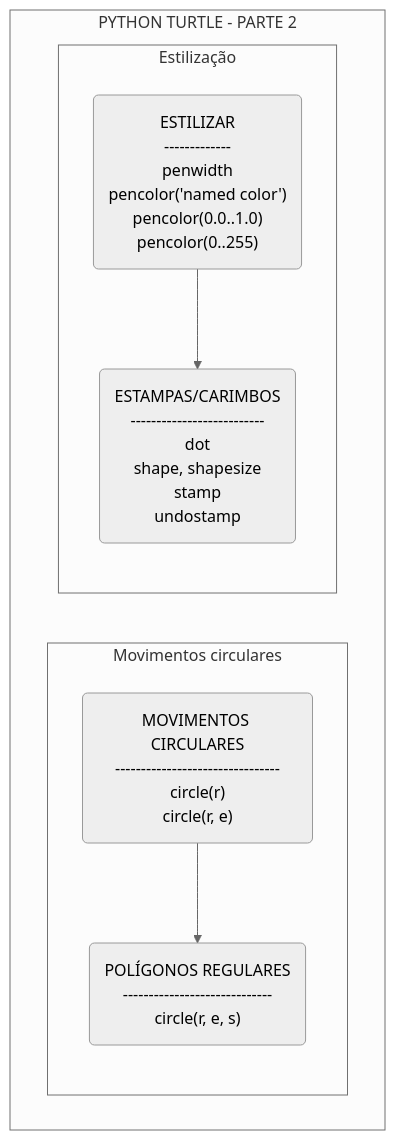
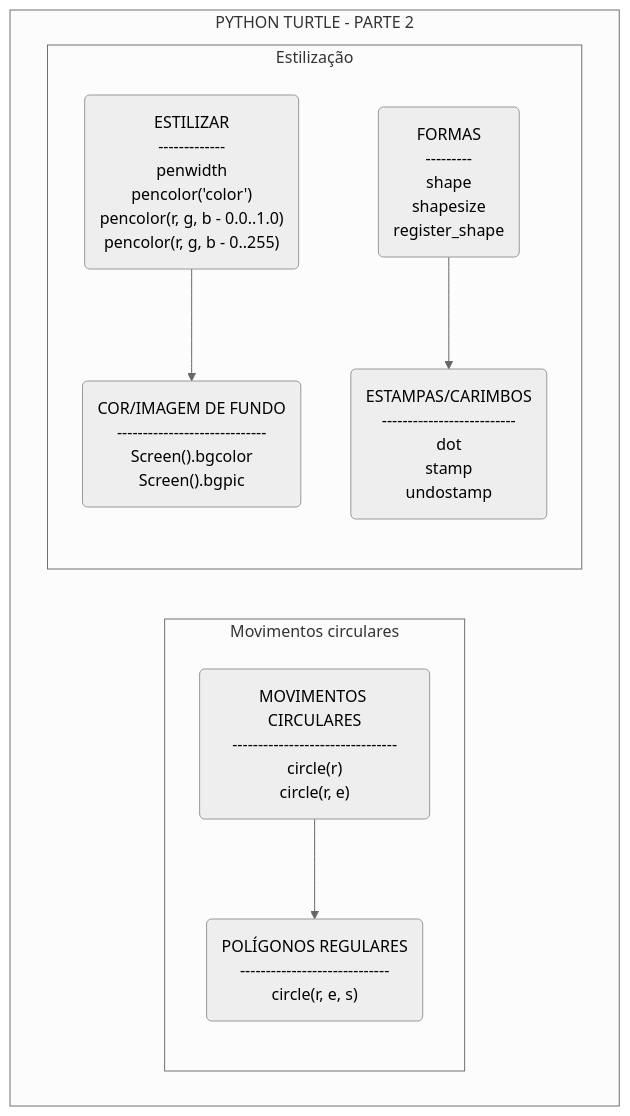
The fifth of 5 diagrams in techtree.md (xbecas/init_python), drawn with Mermaid (neutral theme) before and after one commit.

Commit message:
Update techtree.md
Update Estilização

````diff
--- a/techtree.md
+++ b/techtree.md
@@ -63,20 +63,23 @@
 ```mermaid
   graph TD
 
     subgraph "PYTHON TURTLE - PARTE 2"
 
       subgraph "Movimentos circulares"
         %% Movimentos circulares
         MovimentoCircular("MOVIMENTOS CIRCULARES<br>--------------------------------<br>circle(r)<br>circle(r, e)")
         PoligonosRegulares("POLÍGONOS REGULARES<br>-----------------------------<br>circle(r, e, s)")
         MovimentoCircular-->PoligonosRegulares
       end
 
       subgraph "Estilização"
         %% Estilização - cores e espessuras
-        Estilizar("ESTILIZAR<br>-------------<br>penwidth<br>pencolor('named color')<br>pencolor(0.0..1.0)<br>pencolor(0..255)")
-        Estampas("ESTAMPAS/CARIMBOS<br>--------------------------<br>dot<br>shape, shapesize<br>stamp<br>undostamp")
-        Estilizar-->Estampas
+        Estilizar("ESTILIZAR<br>-------------<br>penwidth<br>pencolor('color')<br>pencolor(r, g, b - 0.0..1.0)<br>pencolor(r, g, b - 0..255)")
+        Fundo("COR/IMAGEM DE FUNDO<br>-----------------------------<br>Screen().bgcolor<br>Screen().bgpic")
+        Formas("FORMAS<br>---------<br>shape<br>shapesize<br>register_shape")
+        Estampas("ESTAMPAS/CARIMBOS<br>--------------------------<br>dot<br>stamp<br>undostamp")
+        Estilizar-->Fundo
+        Formas-->Estampas
       end
   end
 ```
````
